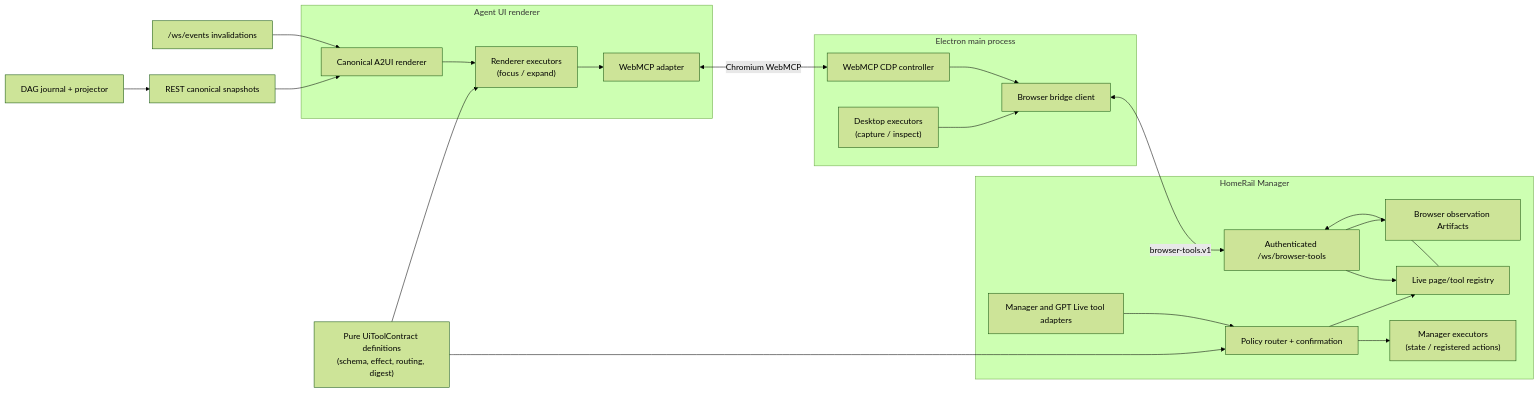
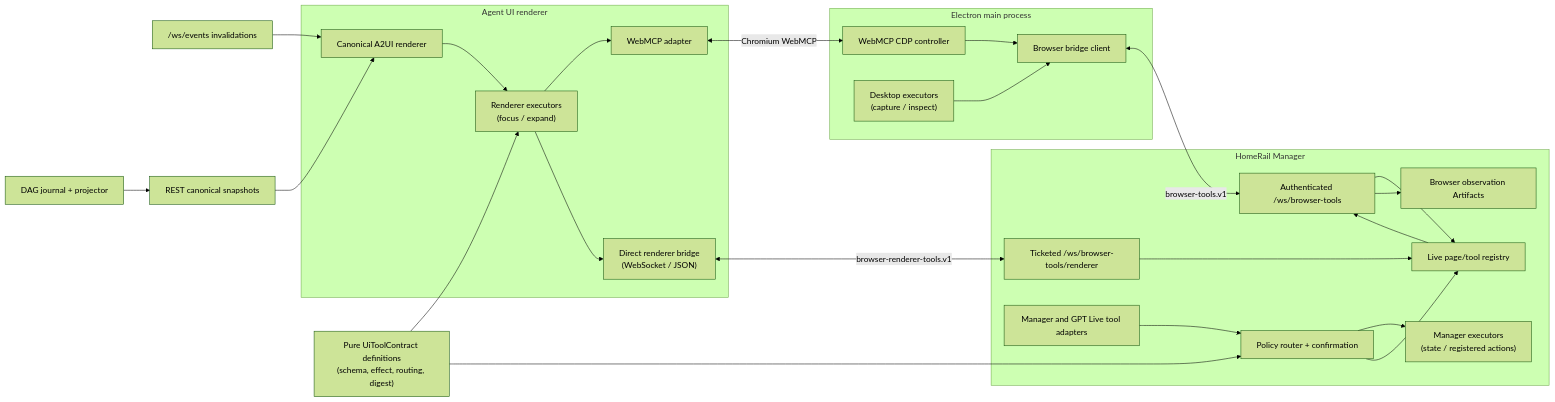
Before and after one commit to charlessuo/homerail: the diagram in docs/architecture/experimental-browser-agent-bridge.md, drawn with Mermaid (forest theme). The commit also changed other lines of this file and 55 other files, not shown here.

````diff
--- a/docs/architecture/experimental-browser-agent-bridge.md
+++ b/docs/architecture/experimental-browser-agent-bridge.md
@@ -132,44 +145,49 @@
 ```mermaid
 flowchart LR
     CONTRACT["Pure UiToolContract definitions\n(schema, effect, routing, digest)"]
 
     subgraph UI["Agent UI renderer"]
       REX["Renderer executors\n(focus / expand)"]
       WAD["WebMCP adapter"]
+      RBR["Direct renderer bridge\n(WebSocket / JSON)"]
       A2["Canonical A2UI renderer"]
       REX --> WAD
+      REX --> RBR
       A2 --> REX
     end
 
     subgraph DESKTOP["Electron main process"]
       CDP["WebMCP CDP controller"]
       DEX["Desktop executors\n(capture / inspect)"]
       BC["Browser bridge client"]
       CDP --> BC
       DEX --> BC
     end
 
     subgraph MANAGER["HomeRail Manager"]
       WS["Authenticated /ws/browser-tools"]
+      RWS["Ticketed /ws/browser-tools/renderer"]
       DIR["Live page/tool registry"]
       ROUTER["Policy router + confirmation"]
       MEX["Manager executors\n(state / registered actions)"]
       ART["Browser observation Artifacts"]
       ADP["Manager and GPT Live tool adapters"]
       WS --> DIR
+      RWS --> DIR
       ADP --> ROUTER
       ROUTER --> MEX
       ROUTER --> DIR
       DIR --> WS
       WS --> ART
     end
 
     CONTRACT --> REX
     CONTRACT --> ROUTER
     WAD <-->|"Chromium WebMCP"| CDP
     BC <-->|"browser-tools.v1"| WS
+    RBR <-->|"browser-renderer-tools.v1"| RWS
 
     EVT["/ws/events invalidations"] --> A2
     REST["REST canonical snapshots"] --> A2
     DAG["DAG journal + projector"] --> REST
 ```
````
